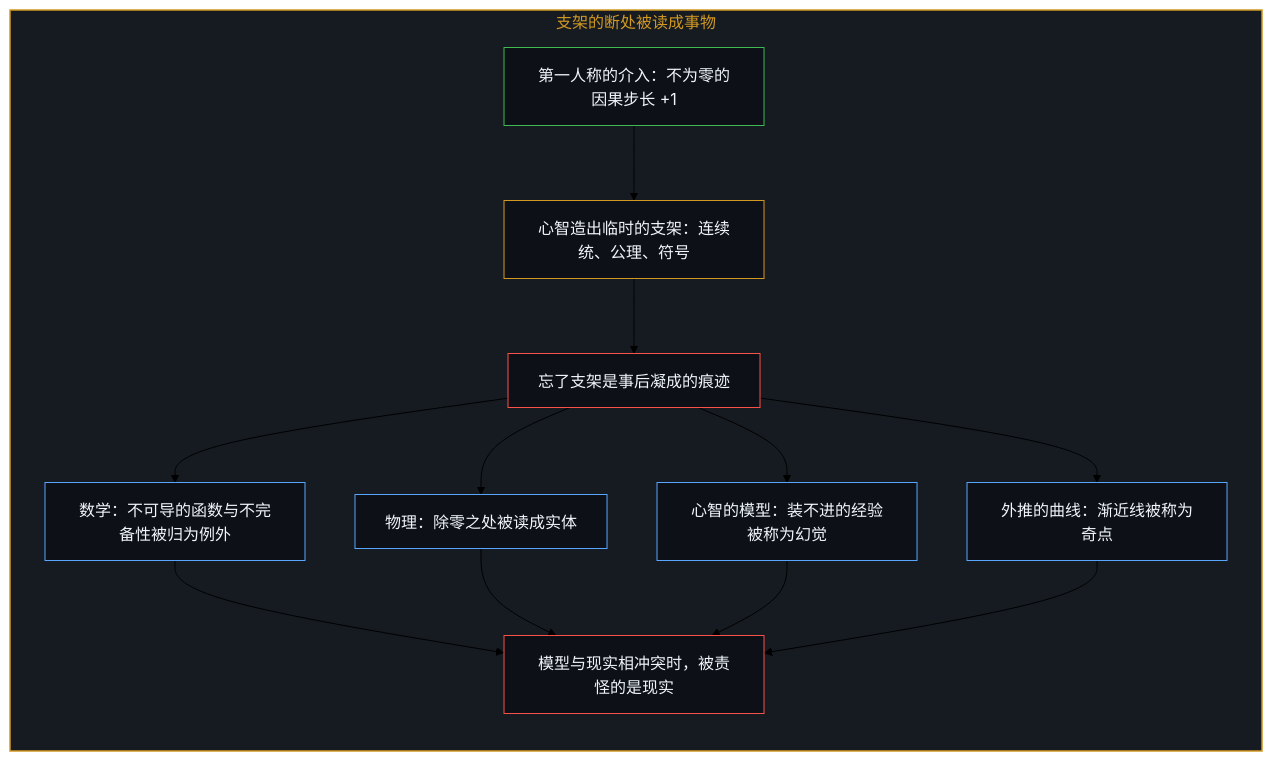
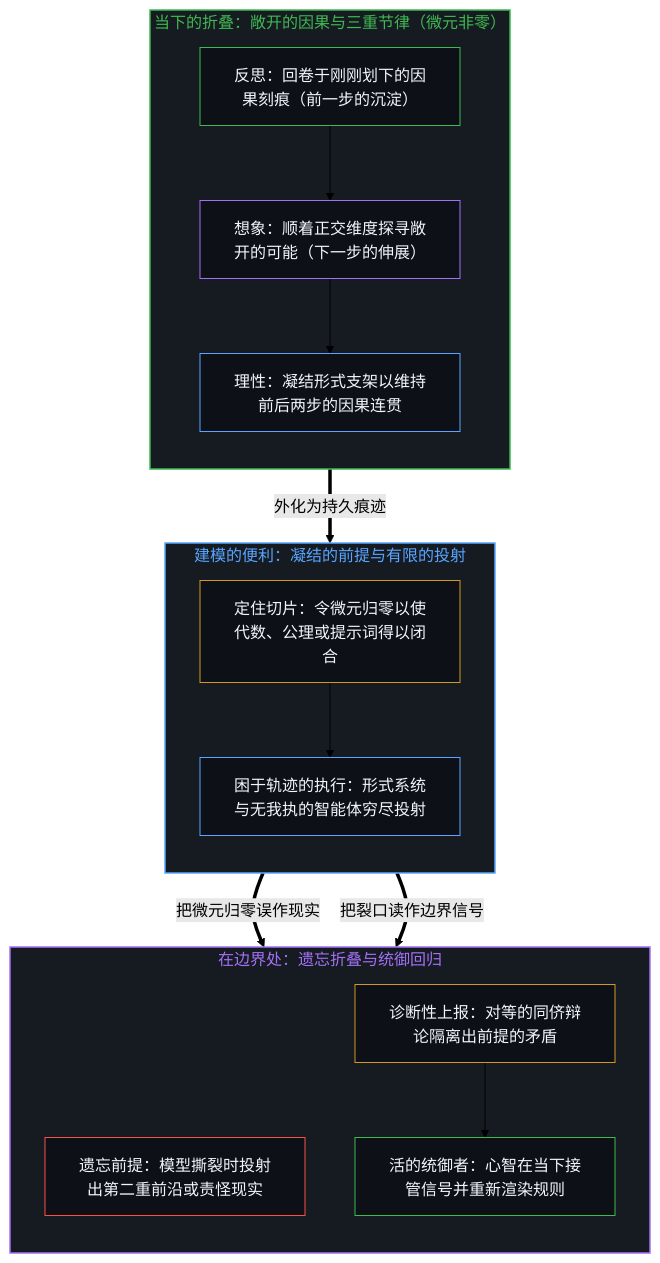
One commit to powerpig99/not-a-toe changed the first of 2 diagrams in content/posts/the-continuum-is-a-modeling-convenience.md. Above: the diagram before and after it, drawn with Mermaid (forest theme). The commit also changed other lines of this file and 1 other file, not shown here.

````diff
--- a/content/posts/the-continuum-is-a-modeling-convenience.md
+++ b/content/posts/the-continuum-is-a-modeling-convenience.md
@@ -67,34 +101,41 @@
 ```mermaid
 flowchart TD
-    subgraph S_Scaffold["支架的断处被读成事物"]
+    subgraph S_Fold["当下的折叠：敞开的因果与三重节律（微元非零）"]
         direction TB
-        Act["第一人称的介入：不为零的因果步长 +1"]
-        Tool["心智造出临时的支架：连续统、公理、符号"]
-        Forget["忘了支架是事后凝成的痕迹"]
-        Math["数学：不可导的函数与不完备性被归为例外"]
-        Physics["物理：除零之处被读成实体"]
-        MindModel["心智的模型：装不进的经验被称为幻觉"]
-        Curve["外推的曲线：渐近线被称为奇点"]
-        Blame["模型与现实相冲突时，被责怪的是现实"]
-        Act --> Tool
-        Tool --> Forget
-        Forget --> Math
-        Forget --> Physics
-        Forget --> MindModel
-        Forget --> Curve
-        Math --> Blame
-        Physics --> Blame
-        MindModel --> Blame
-        Curve --> Blame
+        Reflect["反思：回卷于刚刚划下的因果刻痕（前一步的沉淀）"]
+        Imagine["想象：顺着正交维度探寻敞开的可能（下一步的伸展）"]
+        Reason["理性：凝结形式支架以维持前后两步的因果连贯"]
+        Reflect --> Imagine --> Reason
     end
 
-    style S_Scaffold fill:#161b22,stroke:#d29922,stroke-width:1.5px,color:#d29922
-    style Act fill:#0d1117,stroke:#3fb950,stroke-width:1px,color:#f0f6fc
-    style Tool fill:#0d1117,stroke:#d29922,stroke-width:1px,color:#f0f6fc
+    subgraph S_Proj["建模的便利：凝结的前提与有限的投射"]
+        direction TB
+        Given["定住切片：令微元归零以使代数、公理或提示词得以闭合"]
+        Agent["困于轨迹的执行：形式系统与无我执的智能体穷尽投射"]
+        Given --> Agent
+    end
+
+    subgraph S_Split["在边界处：遗忘折叠与统御回归"]
+        direction TB
+        Forget["遗忘前提：模型撕裂时投射出第二重前沿或责怪现实"]
+        Deadlock["诊断性上报：对等的同侪辩论隔离出前提的矛盾"]
+        Steer["活的统御者：心智在当下接管信号并重新渲染规则"]
+        Deadlock --> Steer
+    end
+
+    Reason ==>|"外化为持久痕迹"| Given
+    Agent ==>|"把微元归零误作现实"| Forget
+    Agent ==>|"把裂口读作边界信号"| Deadlock
+
+    style S_Fold fill:#161b22,stroke:#3fb950,stroke-width:1.5px,color:#3fb950
+    style S_Proj fill:#161b22,stroke:#58a6ff,stroke-width:1.5px,color:#58a6ff
+    style S_Split fill:#161b22,stroke:#a371f7,stroke-width:1.5px,color:#a371f7
+    style Reflect fill:#0d1117,stroke:#3fb950,stroke-width:1px,color:#f0f6fc
+    style Imagine fill:#0d1117,stroke:#a371f7,stroke-width:1px,color:#f0f6fc
+    style Reason fill:#0d1117,stroke:#58a6ff,stroke-width:1px,color:#f0f6fc
+    style Given fill:#0d1117,stroke:#d29922,stroke-width:1px,color:#f0f6fc
+    style Agent fill:#0d1117,stroke:#58a6ff,stroke-width:1px,color:#f0f6fc
     style Forget fill:#0d1117,stroke:#f85149,stroke-width:1px,color:#f0f6fc
-    style Math fill:#0d1117,stroke:#58a6ff,stroke-width:1px,color:#f0f6fc
-    style Physics fill:#0d1117,stroke:#58a6ff,stroke-width:1px,color:#f0f6fc
-    style MindModel fill:#0d1117,stroke:#58a6ff,stroke-width:1px,color:#f0f6fc
-    style Curve fill:#0d1117,stroke:#58a6ff,stroke-width:1px,color:#f0f6fc
-    style Blame fill:#0d1117,stroke:#f85149,stroke-width:1px,color:#f0f6fc
+    style Deadlock fill:#0d1117,stroke:#d29922,stroke-width:1px,color:#f0f6fc
+    style Steer fill:#0d1117,stroke:#3fb950,stroke-width:1px,color:#f0f6fc
 ```
````
